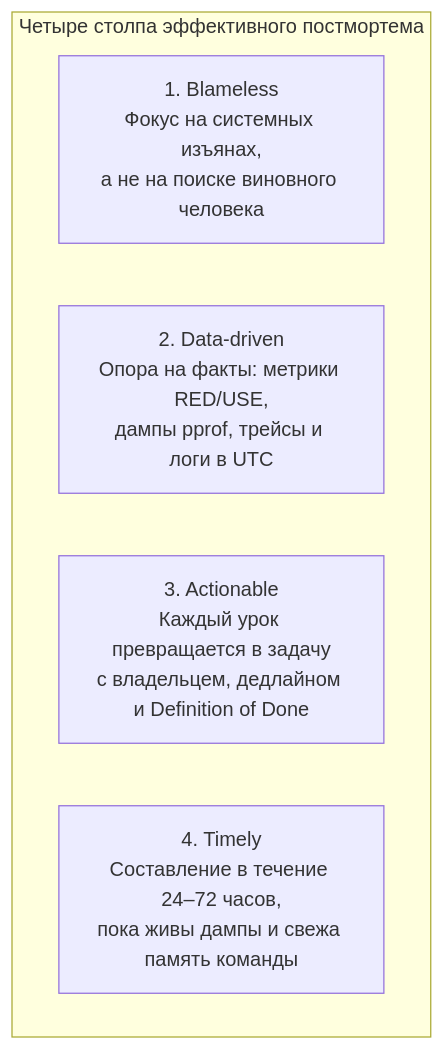
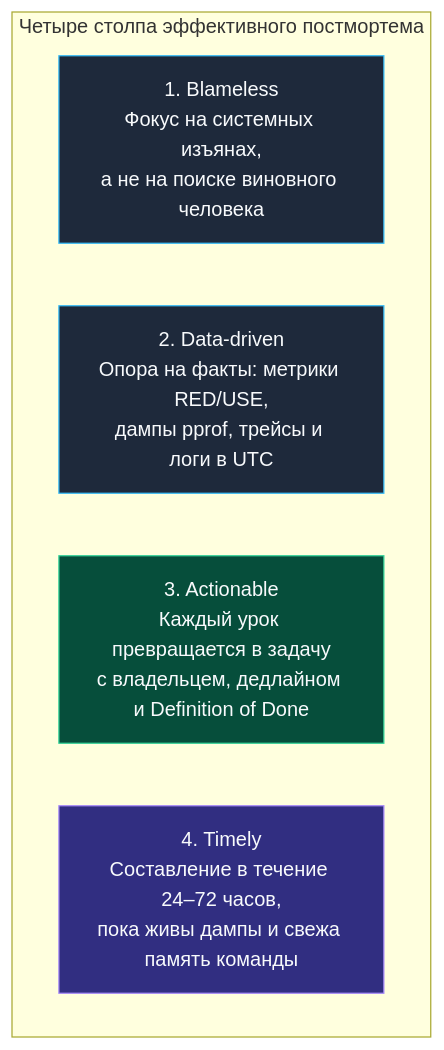
The first of 2 diagrams in sources/14. Распределенные системы на Go/08. Практика/10. Постмортемы.md (UnrealTemplier/go-textbook), drawn with Mermaid before and after one commit. The commit also changed other lines of this file and 1666 other files, not shown here.

First line of the commit message:
feat(mermaid): add semantic color classDef to 1369 colorless flowchart/graph diagrams

````diff
--- a/sources/14. Распределенные системы на Go/08. Практика/10. Постмортемы.md
+++ b/sources/14. Распределенные системы на Go/08. Практика/10. Постмортемы.md
@@ -19,9 +19,19 @@
 ```mermaid
 flowchart TD
+    classDef process  fill:#1e293b,stroke:#38bdf8,stroke-width:1px,color:#f8fafc
+    classDef success  fill:#064e3b,stroke:#34d399,stroke-width:1px,color:#f8fafc
+    classDef error    fill:#7f1d1d,stroke:#f87171,stroke-width:1px,color:#f8fafc
+    classDef warning  fill:#78350f,stroke:#fbbf24,stroke-width:1px,color:#f8fafc
+    classDef entry    fill:#1e3a5f,stroke:#38bdf8,stroke-width:2px,color:#f8fafc
+    classDef aux      fill:#334155,stroke:#64748b,stroke-width:1px,color:#f8fafc
+    classDef system   fill:#312e81,stroke:#a78bfa,stroke-width:1px,color:#f8fafc
+    classDef data     fill:#132d29,stroke:#2dd4bf,stroke-width:1px,color:#f8fafc
+    classDef network  fill:#881337,stroke:#fb7185,stroke-width:1px,color:#f8fafc
+    classDef accent   fill:#1e1b4b,stroke:#818cf8,stroke-width:1px,color:#f8fafc
     subgraph Pillars["Четыре столпа эффективного постмортема"]
-        B["1. Blameless<br>Фокус на системных изъянах,<br>а не на поиске виновного человека"]
-        D["2. Data-driven<br>Опора на факты: метрики RED/USE,<br>дампы pprof, трейсы и логи в UTC"]
-        A["3. Actionable<br>Каждый урок превращается в задачу<br>с владельцем, дедлайном и Definition of Done"]
-        T["4. Timely<br>Составление в течение 24–72 часов,<br>пока живы дампы и свежа память команды"]
+        B["1. Blameless<br>Фокус на системных изъянах,<br>а не на поиске виновного человека"]:::process
+        D["2. Data-driven<br>Опора на факты: метрики RED/USE,<br>дампы pprof, трейсы и логи в UTC"]:::process
+        A["3. Actionable<br>Каждый урок превращается в задачу<br>с владельцем, дедлайном и Definition of Done"]:::success
+        T["4. Timely<br>Составление в течение 24–72 часов,<br>пока живы дампы и свежа память команды"]:::system
     end
 ```
````
